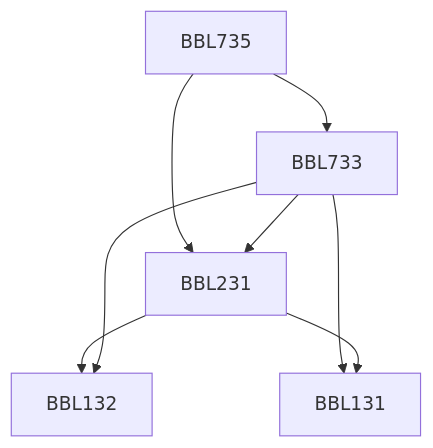
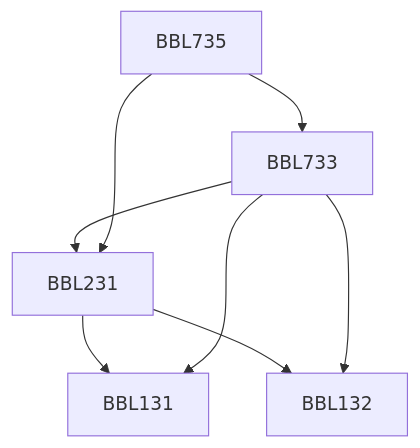
One commit to KeshavBansal0122/CoS_Website changed the diagram in content/Biochemical Engineering and Biotechnology/BBL735.md. Above: the diagram before and after it, drawn with Mermaid. The commit also changed other lines of this file and 392 other files, not shown here.

````diff
--- a/content/Biochemical Engineering and Biotechnology/BBL735.md
+++ b/content/Biochemical Engineering and Biotechnology/BBL735.md
@@ -13,14 +13,14 @@
 ```mermaid
 flowchart TD
 BBL735-88[BBL735]
+BBL231-88 --> BBL131-88[BBL131]
+BBL733-88 --> BBL131-88[BBL131]
+BBL733-88 --> BBL231-88[BBL231]
+BBL735-88 --> BBL231-88[BBL231]
+BBL735-88 --> BBL733-88[BBL733]
 BBL231-88 --> BBL132-88[BBL132]
-BBL733-88 --> BBL131-88[BBL131]
-BBL735-88 --> BBL231-88[BBL231]
 BBL733-88 --> BBL132-88[BBL132]
-BBL231-88 --> BBL131-88[BBL131]
-BBL733-88 --> BBL231-88[BBL231]
-BBL735-88 --> BBL733-88[BBL733]
 
 classDef empty height:17px, fill:transparent, stroke:transparent;
 classDef trueEmpty height:0px, width:0px;
 ```
````
